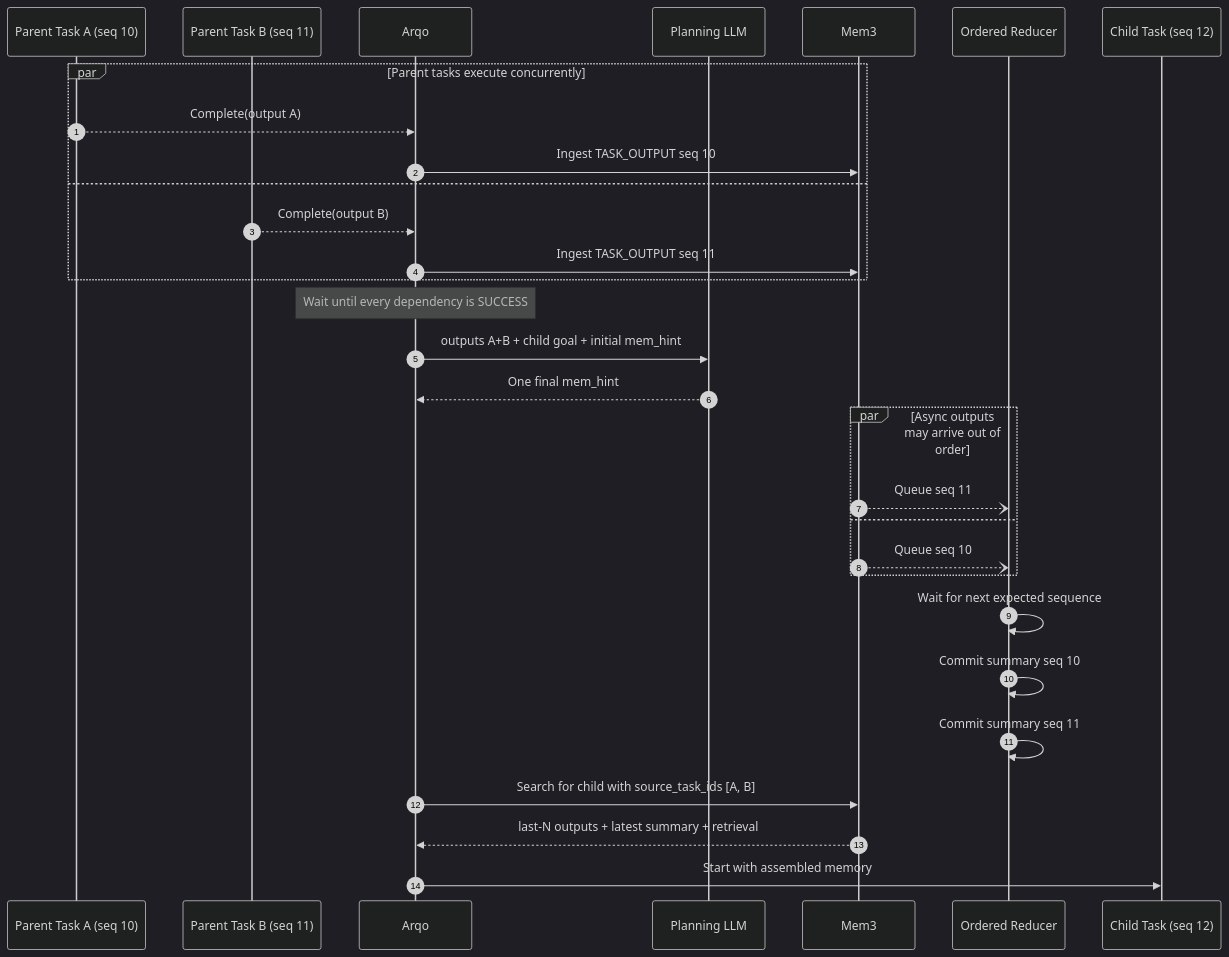
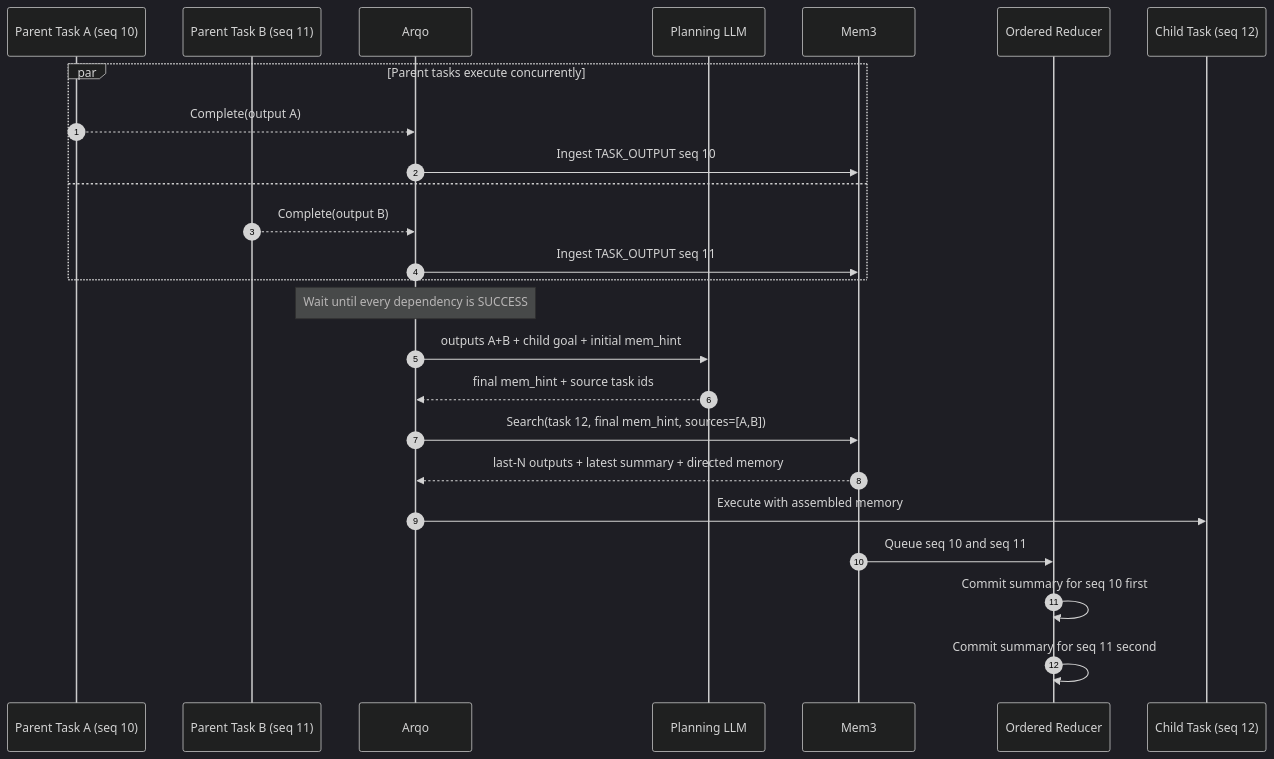
Before and after one commit to linuxb/Aurora: the second of 2 diagrams in doc/design/Mem3.md, drawn with Mermaid (dark theme). The commit also changed other lines of this file and 14 other files, not shown here.

````diff
--- a/doc/design/Mem3.md
+++ b/doc/design/Mem3.md
@@ -200,37 +199,30 @@
 ```mermaid
 sequenceDiagram
     autonumber
     participant ParentA as Parent Task A (seq 10)
     participant ParentB as Parent Task B (seq 11)
     participant Arqo
     participant Planner as Planning LLM
     participant Mem3
     participant Reducer as Ordered Reducer
     participant Child as Child Task (seq 12)
 
     par Parent tasks execute concurrently
         ParentA-->>Arqo: Complete(output A)
         Arqo->>Mem3: Ingest TASK_OUTPUT seq 10
     and
         ParentB-->>Arqo: Complete(output B)
         Arqo->>Mem3: Ingest TASK_OUTPUT seq 11
     end
 
     Note over Arqo: Wait until every dependency is SUCCESS
     Arqo->>Planner: outputs A+B + child goal + initial mem_hint
-    Planner-->>Arqo: One final mem_hint
+    Planner-->>Arqo: final mem_hint + source task ids
+    Arqo->>Mem3: Search(task 12, final mem_hint, sources=[A,B])
+    Mem3-->>Arqo: last-N outputs + latest summary + directed memory
+    Arqo->>Child: Execute with assembled memory
 
-    par Async outputs may arrive out of order
-        Mem3--)Reducer: Queue seq 11
-    and
-        Mem3--)Reducer: Queue seq 10
-    end
-
-    Reducer->>Reducer: Wait for next expected sequence
-    Reducer->>Reducer: Commit summary seq 10
-    Reducer->>Reducer: Commit summary seq 11
-
-    Arqo->>Mem3: Search for child with source_task_ids [A, B]
-    Mem3-->>Arqo: last-N outputs + latest summary + retrieval
-    Arqo->>Child: Start with assembled memory
+    Mem3->>Reducer: Queue seq 10 and seq 11
+    Reducer->>Reducer: Commit summary for seq 10 first
+    Reducer->>Reducer: Commit summary for seq 11 second
 ```
````
